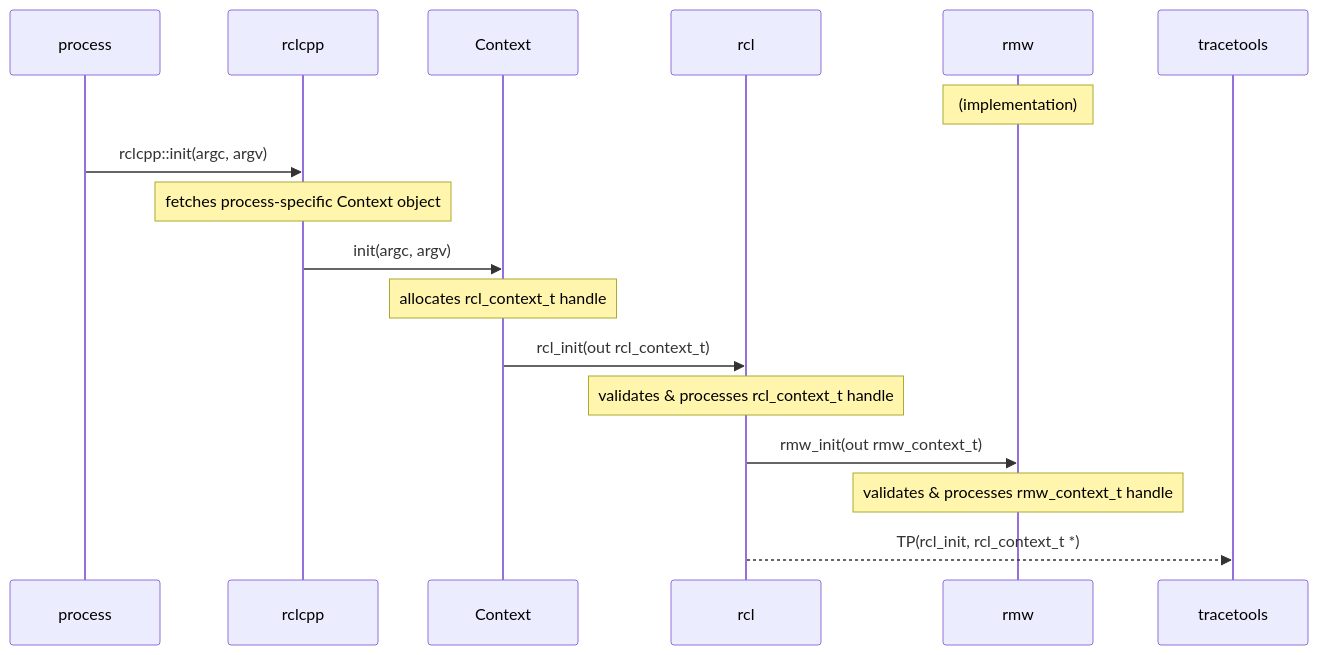
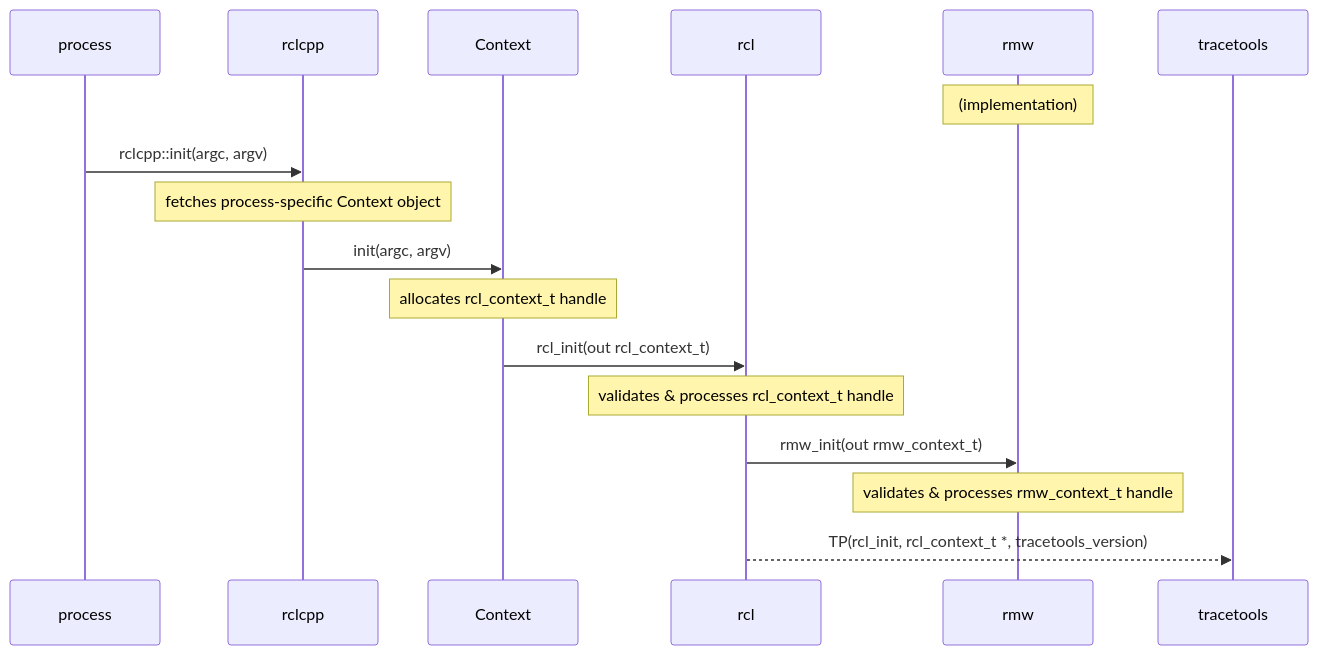
One commit to ros2-split-gbp/ros2_tracing-release changed the first of 17 diagrams in doc/design_ros_2.md. Above: the diagram before and after it, drawn with Mermaid. The commit also changed other lines of this file and 83 other files, not shown here.

````diff
--- a/doc/design_ros_2.md
+++ b/doc/design_ros_2.md
@@ -118,22 +179,22 @@
 ```mermaid
 sequenceDiagram
     participant process
     participant rclcpp
     participant Context
     participant rcl
     participant rmw
     participant tracetools
 
     Note over rmw: (implementation)
 
     process->>rclcpp: rclcpp::init(argc, argv)
     Note over rclcpp: fetches process-specific Context object
     rclcpp->>Context: init(argc, argv)
     Note over Context: allocates rcl_context_t handle
     Context->>rcl: rcl_init(out rcl_context_t)
     Note over rcl: validates & processes rcl_context_t handle
     rcl->>rmw: rmw_init(out rmw_context_t)
     Note over rmw: validates & processes rmw_context_t handle
 
-    rcl-->>tracetools: TP(rcl_init, rcl_context_t *)
+    rcl-->>tracetools: TP(rcl_init, rcl_context_t *, tracetools_version)
 ```
````
